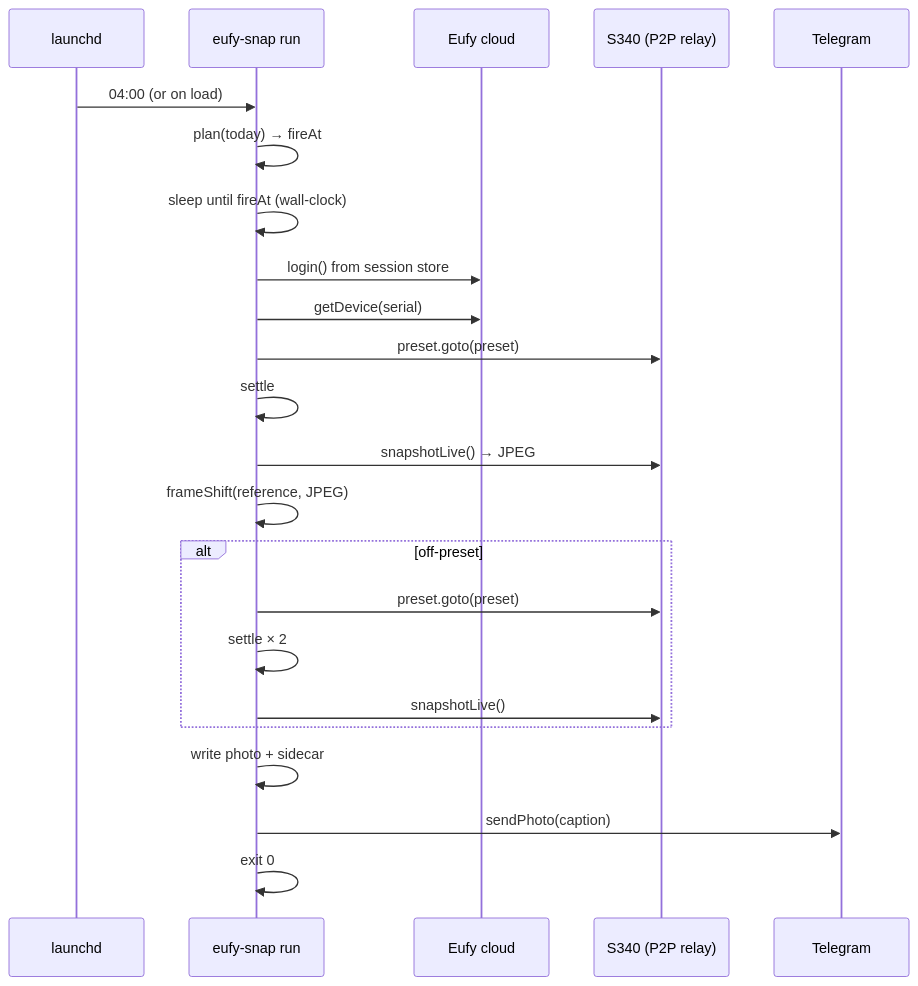
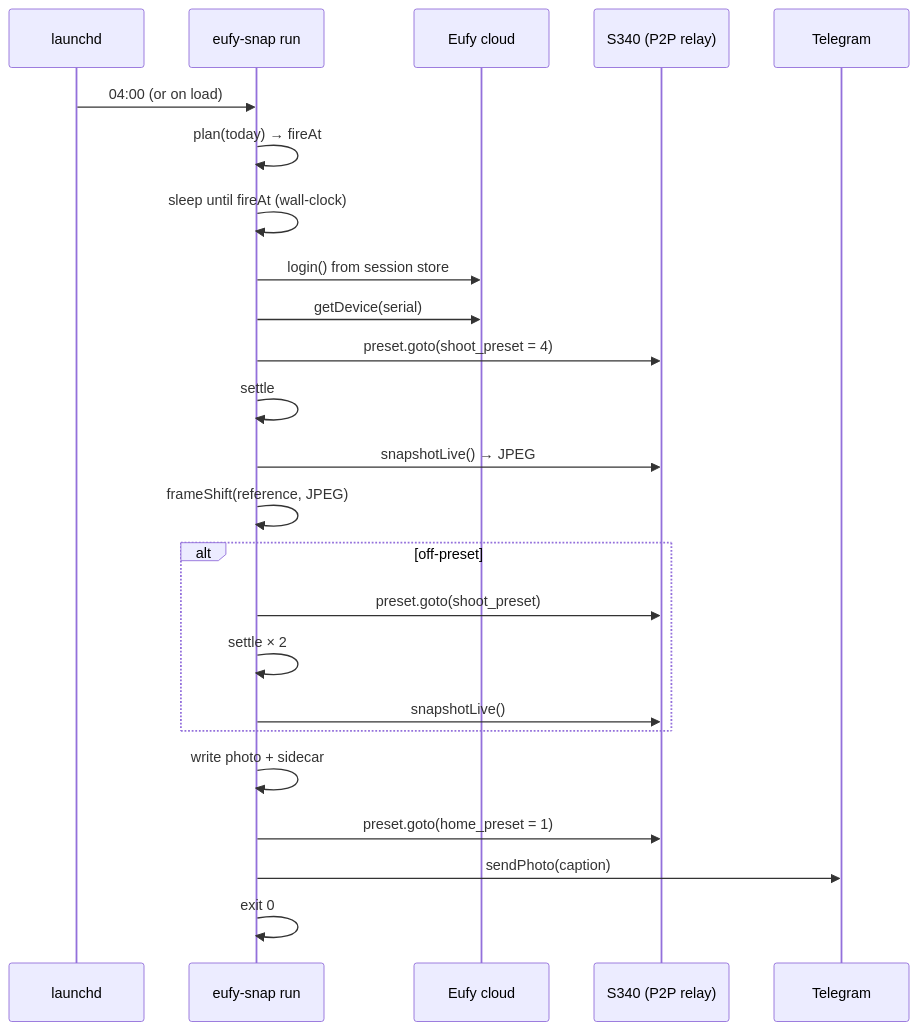
The second of 2 diagrams in docs/DESIGN.md (atiannicelli/eufy-snap), drawn with Mermaid before and after one commit. The commit also changed other lines of this file, not shown here.

Commit message:
Design: shoot from preset 4, return to preset 1

````diff
--- a/docs/DESIGN.md
+++ b/docs/DESIGN.md
@@ -85,26 +85,27 @@
 ```mermaid
 sequenceDiagram
     participant L as launchd
     participant R as eufy-snap run
     participant C as Eufy cloud
     participant K as S340 (P2P relay)
     participant T as Telegram
 
     L->>R: 04:00 (or on load)
     R->>R: plan(today) → fireAt
     R->>R: sleep until fireAt (wall-clock)
     R->>C: login() from session store
     R->>C: getDevice(serial)
-    R->>K: preset.goto(preset)
+    R->>K: preset.goto(shoot_preset = 4)
     R->>R: settle
     R->>K: snapshotLive() → JPEG
     R->>R: frameShift(reference, JPEG)
     alt off-preset
-        R->>K: preset.goto(preset)
+        R->>K: preset.goto(shoot_preset)
         R->>R: settle × 2
         R->>K: snapshotLive()
     end
     R->>R: write photo + sidecar
+    R->>K: preset.goto(home_preset = 1)
     R->>T: sendPhoto(caption)
     R->>R: exit 0
 ```
````
